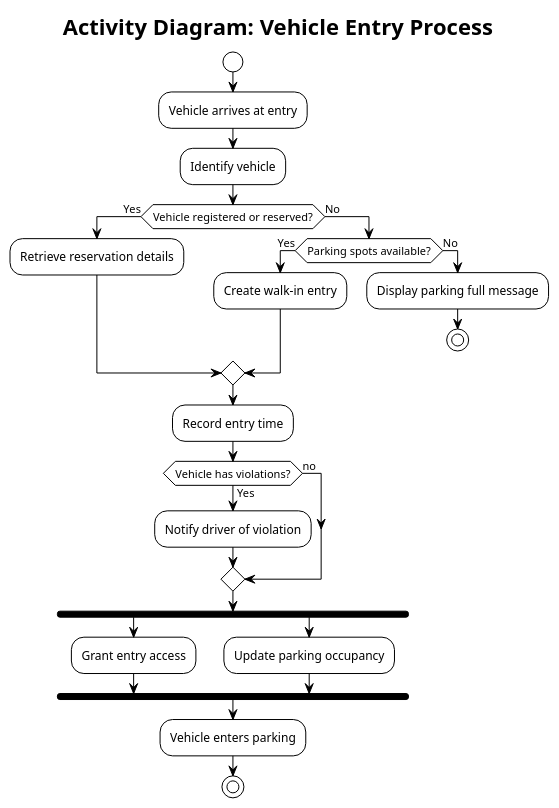
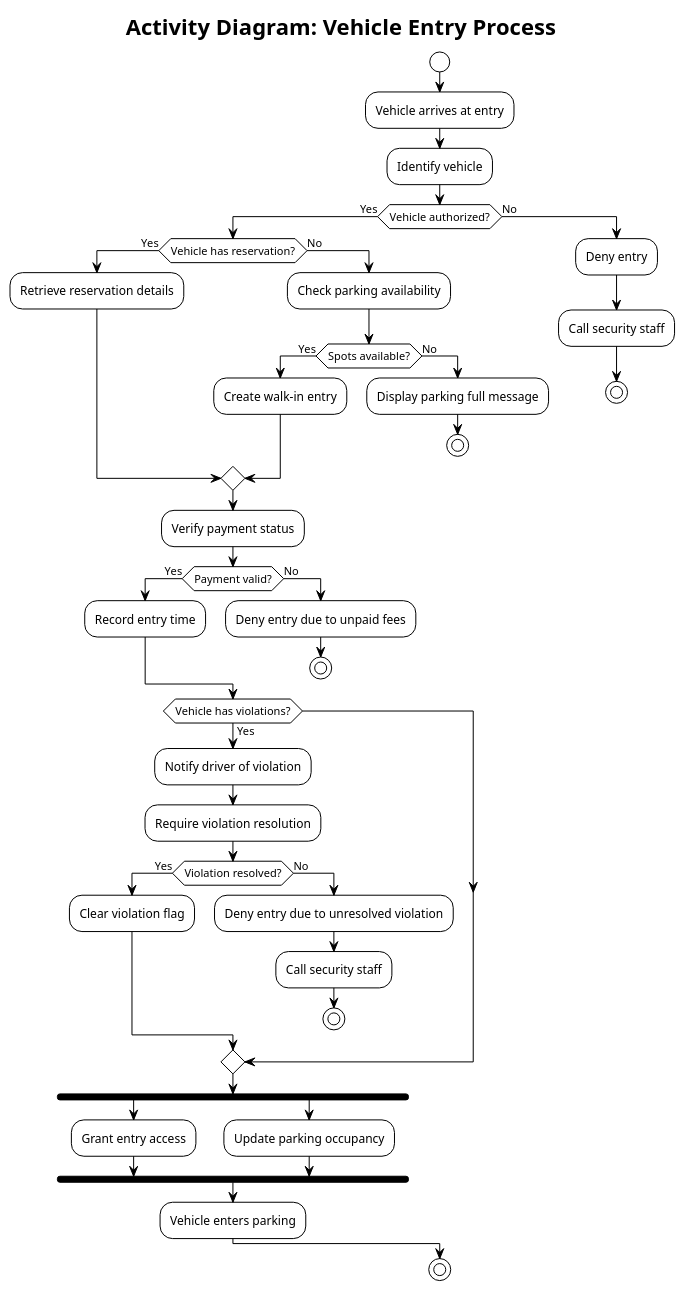
One commit to khalidalmahasnah/Software-Project-25-26 changed the diagram in uml/activity_entry.puml. Above: the diagram before and after it, drawn with PlantUML.

```diff
--- a/uml/activity_entry.puml
+++ b/uml/activity_entry.puml
@@ -1,39 +1,67 @@
 @startuml activity_entry
 !theme plain
 title Activity Diagram: Vehicle Entry Process
 
 start
 
 :Vehicle arrives at entry;
 
 :Identify vehicle;
 
-if (Vehicle registered or reserved?) then (Yes)
-  :Retrieve reservation details;
-else (No)
-  if (Parking spots available?) then (Yes)
-    :Create walk-in entry;
+if (Vehicle authorized?) then (Yes)
+
+  if (Vehicle has reservation?) then (Yes)
+    :Retrieve reservation details;
   else (No)
-    :Display parking full message;
+
+    :Check parking availability;
+
+    if (Spots available?) then (Yes)
+      :Create walk-in entry;
+    else (No)
+      :Display parking full message;
+      stop
+    endif
+
+  endif
+
+  :Verify payment status;
+
+  if (Payment valid?) then (Yes)
+    :Record entry time;
+  else (No)
+    :Deny entry due to unpaid fees;
     stop
   endif
+
+  if (Vehicle has violations?) then (Yes)
+    :Notify driver of violation;
+    :Require violation resolution;
+
+    if (Violation resolved?) then (Yes)
+      :Clear violation flag;
+    else (No)
+      :Deny entry due to unresolved violation;
+      :Call security staff;
+      stop
+    endif
+  endif
+
+  fork
+    :Grant entry access;
+  fork again
+    :Update parking occupancy;
+  end fork
+
+  :Vehicle enters parking;
+
+else (No)
+
+  :Deny entry;
+  :Call security staff;
+  stop
+
 endif
-
-:Record entry time;
-
-if (Vehicle has violations?) then (Yes)
-  :Notify driver of violation;
-  else (no)
-  
-endif 
-
-fork
-  :Grant entry access;
-fork again
-  :Update parking occupancy;
-end fork
-
-:Vehicle enters parking;
 
 stop
 @enduml
```
